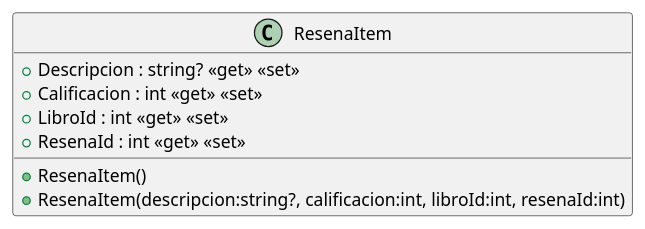
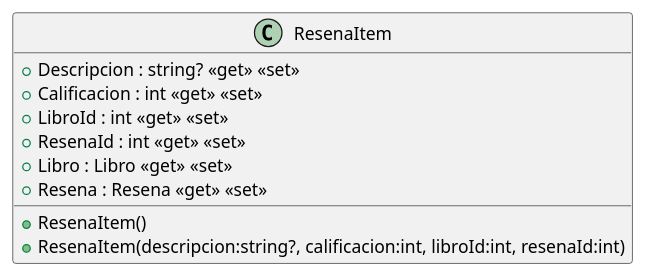
One commit to ISII2627LosGremlins/ISII2627LosGremlins changed the diagram in src/AppForSEII.API/ClassDiagram/ResenaItem.puml. Above: the diagram before and after it, drawn with PlantUML. The commit also changed 14 other files, not shown here.

```diff
--- a/src/AppForSEII.API/ClassDiagram/ResenaItem.puml
+++ b/src/AppForSEII.API/ClassDiagram/ResenaItem.puml
@@ -1,10 +1,12 @@
 @startuml
 class ResenaItem {
     + ResenaItem()
     + ResenaItem(descripcion:string?, calificacion:int, libroId:int, resenaId:int)
     + Descripcion : string? <<get>> <<set>>
     + Calificacion : int <<get>> <<set>>
     + LibroId : int <<get>> <<set>>
     + ResenaId : int <<get>> <<set>>
+    + Libro : Libro <<get>> <<set>>
+    + Resena : Resena <<get>> <<set>>
 }
 @enduml
```
